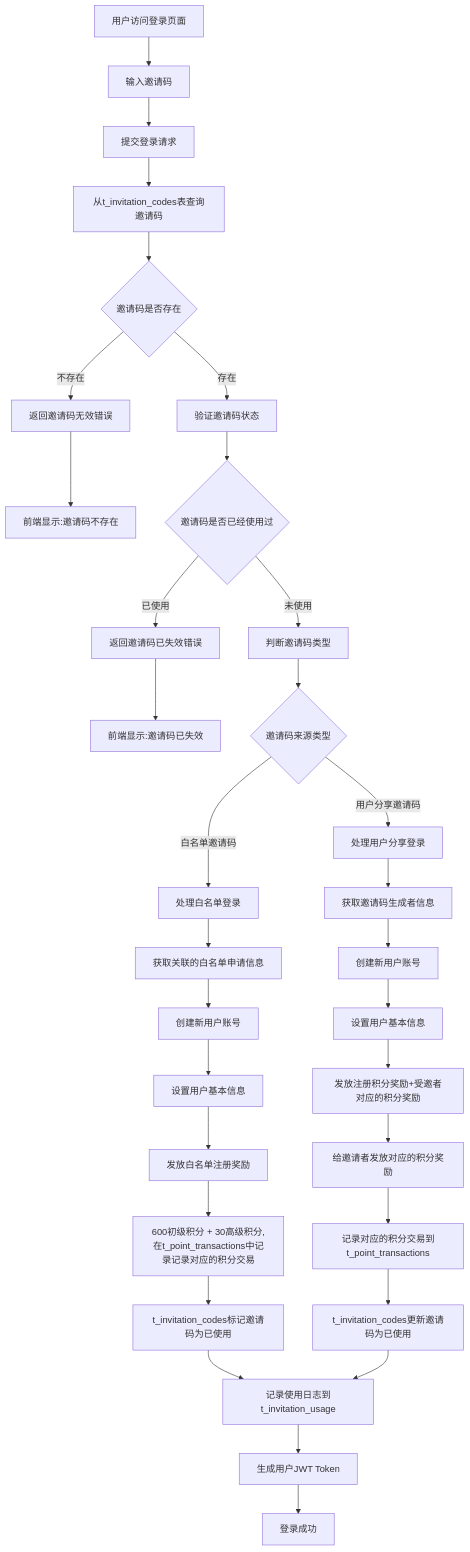
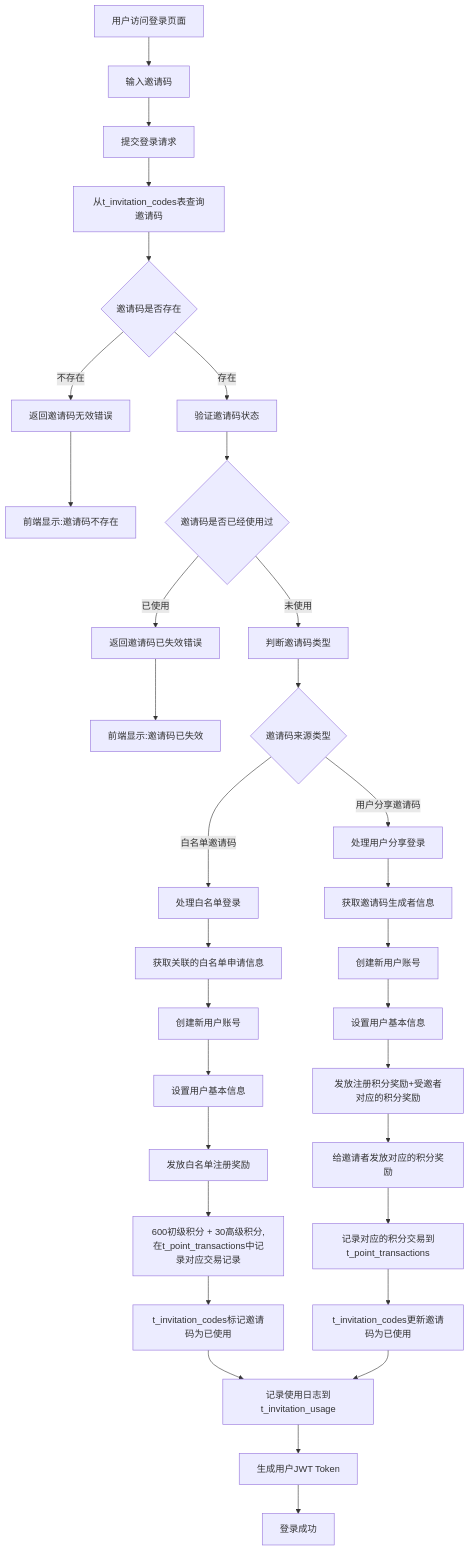
The diagram in all/未命名-74.md (yingjianzh/iodraw-files), drawn with Mermaid before and after one commit.

Commit message:
2025-07-07 14:03:55 update

````diff
--- a/all/未命名-74.md
+++ b/all/未命名-74.md
@@ -1,41 +1,41 @@
 ```mermaid
 
 flowchart TD
     A[用户访问登录页面] --> B[输入邀请码]
     B --> E[提交登录请求]
     E --> H[从t_invitation_codes表查询邀请码]
     H --> I{邀请码是否存在}
     I -->|不存在| J[返回邀请码无效错误]
     J --> K[前端显示:邀请码不存在]
     
     I -->|存在| L[验证邀请码状态]
     L --> M{邀请码是否已经使用过}
     M -->|已使用| N[返回邀请码已失效错误]
     N --> O[前端显示:邀请码已失效]
     
     M -->|未使用| X[判断邀请码类型]
     X --> Y{邀请码来源类型}
     
     Y -->|白名单邀请码| Z[处理白名单登录]
     Z --> Z1[获取关联的白名单申请信息]
     Z1 --> Z2[创建新用户账号]
     Z2 --> Z3[设置用户基本信息]
     Z3 --> Z4[发放白名单注册奖励]
-    Z4 --> Z5[600初级积分 + 30高级积分,在t_point_transactions中记录记录对应的积分交易]
+    Z4 --> Z5[600初级积分 + 30高级积分,在t_point_transactions中记录对应交易记录]
     Z5 --> Z6[t_invitation_codes标记邀请码为已使用]
     Z6 --> AA[记录使用日志到t_invitation_usage]
     
     Y -->|用户分享邀请码| BB[处理用户分享登录]
     BB --> BB1[获取邀请码生成者信息]
     BB1 --> BB2[创建新用户账号]
     BB2 --> BB3[设置用户基本信息]
     BB3 --> BB4[发放注册积分奖励+受邀者对应的积分奖励]
     BB4 --> BB5[给邀请者发放对应的积分奖励]
     BB5 --> BB6[记录对应的积分交易到t_point_transactions]
     BB6 --> BB7[t_invitation_codes更新邀请码为已使用]
     BB7 --> AA
     
     AA --> CC[生成用户JWT Token]
     CC --> DD[登录成功]  
 
 ```
````
